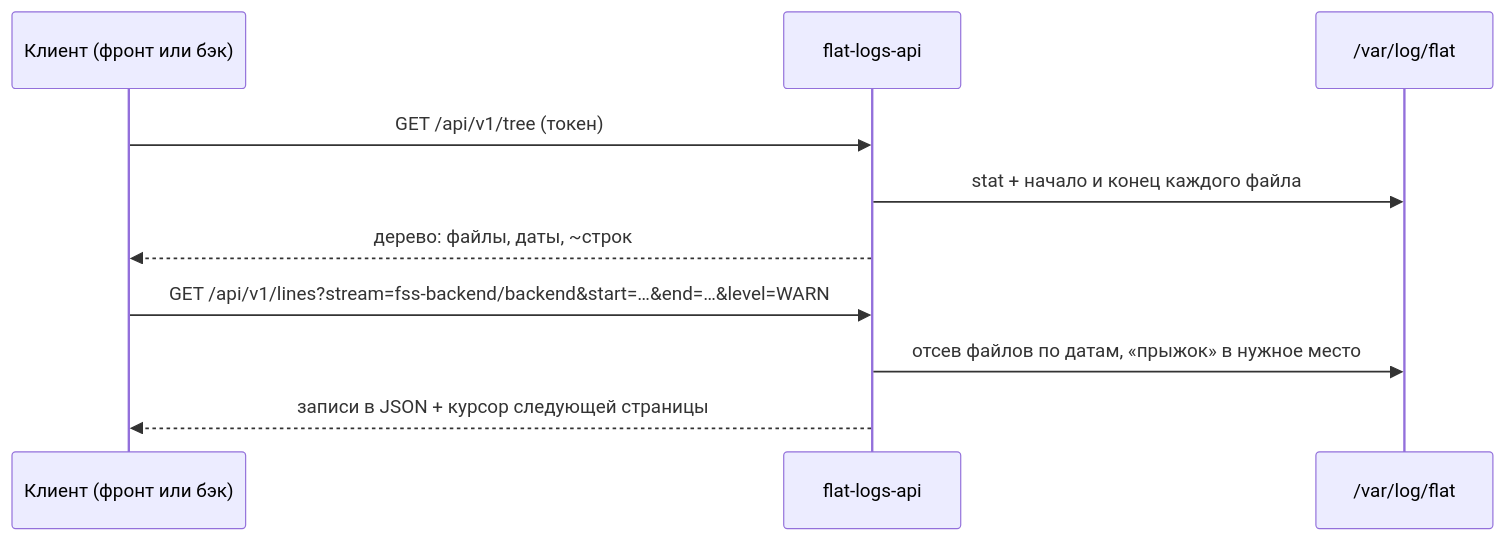
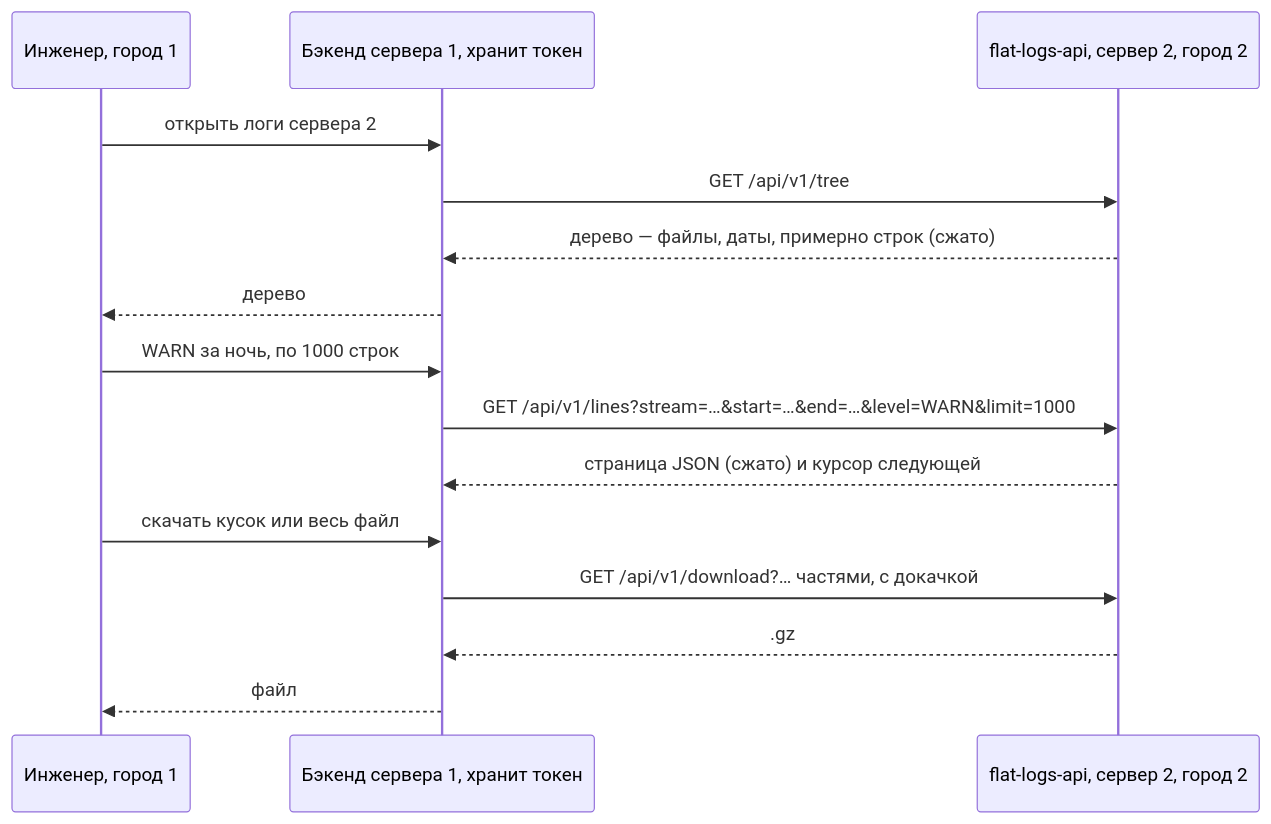
The diagram in agent_2/logs/01-brainstorm.md (Jlenin/Flat_chek), drawn with Mermaid before and after one commit. The commit also changed other lines of this file and 2 other files, not shown here.

First line of the commit message:
docs(agent_2): log API analysis reworked for the Go service decision

````diff
--- a/agent_2/logs/01-brainstorm.md
+++ b/agent_2/logs/01-brainstorm.md
@@ -32,12 +25,17 @@
 ```mermaid
 sequenceDiagram
-  participant C as Клиент (фронт или бэк)
-  participant A as flat-logs-api
-  participant F as /var/log/flat
-  C->>A: GET /api/v1/tree (токен)
-  A->>F: stat + начало и конец каждого файла
-  A-->>C: дерево: файлы, даты, ~строк
-  C->>A: GET /api/v1/lines?stream=fss-backend/backend&start=…&end=…&level=WARN
-  A->>F: отсев файлов по датам, «прыжок» в нужное место
-  A-->>C: записи в JSON + курсор следующей страницы
+  participant E as Инженер, город 1
+  participant B as Бэкенд сервера 1, хранит токен
+  participant A as flat-logs-api, сервер 2, город 2
+  E->>B: открыть логи сервера 2
+  B->>A: GET /api/v1/tree
+  A-->>B: дерево — файлы, даты, примерно строк (сжато)
+  B-->>E: дерево
+  E->>B: WARN за ночь, по 1000 строк
+  B->>A: GET /api/v1/lines?stream=…&start=…&end=…&level=WARN&limit=1000
+  A-->>B: страница JSON (сжато) и курсор следующей
+  E->>B: скачать кусок или весь файл
+  B->>A: GET /api/v1/download?… частями, с докачкой
+  A-->>B: .gz
+  B-->>E: файл
 ```
````
